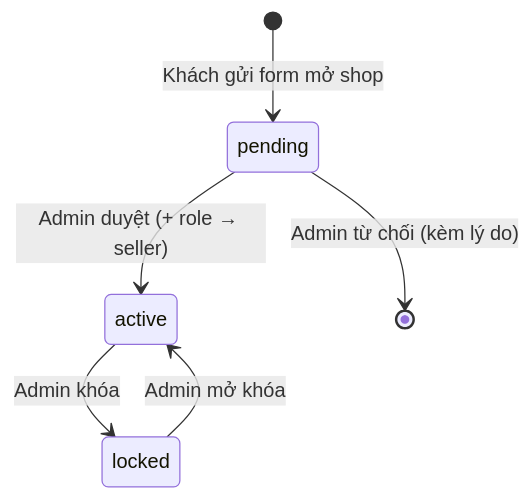
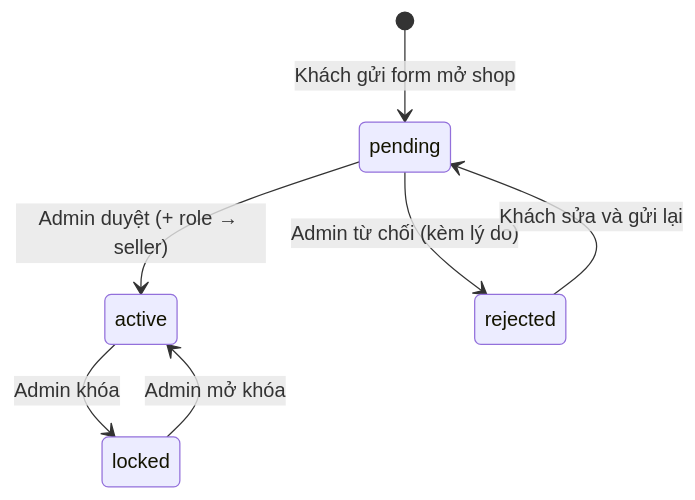
The first of 2 diagrams in docs/user-story-g2.md (hermitt-NMH/HcmusWare), drawn with Mermaid before and after one commit. The commit also changed other lines of this file and 1 other file, not shown here.

````diff
--- a/docs/user-story-g2.md
+++ b/docs/user-story-g2.md
@@ -301,8 +304,9 @@
 ```mermaid
 stateDiagram-v2
   [*] --> pending: Khách gửi form mở shop
   pending --> active: Admin duyệt (+ role → seller)
-  pending --> [*]: Admin từ chối (kèm lý do)
+  pending --> rejected: Admin từ chối (kèm lý do)
+  rejected --> pending: Khách sửa và gửi lại
   active --> locked: Admin khóa
   locked --> active: Admin mở khóa
 ```
````
